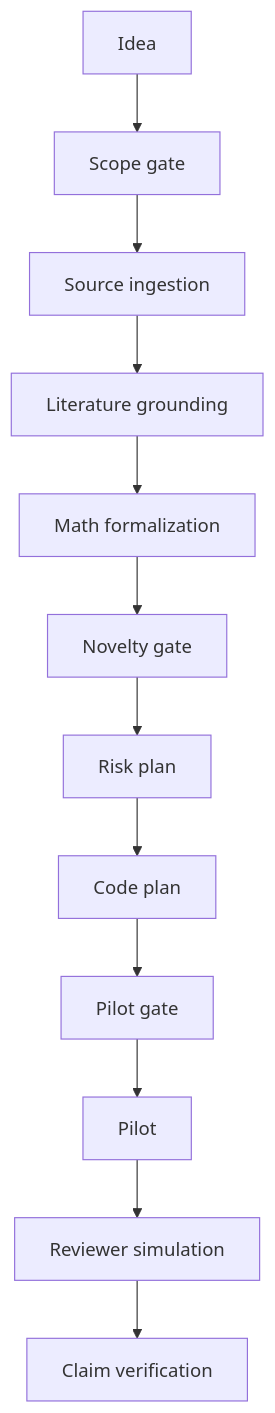
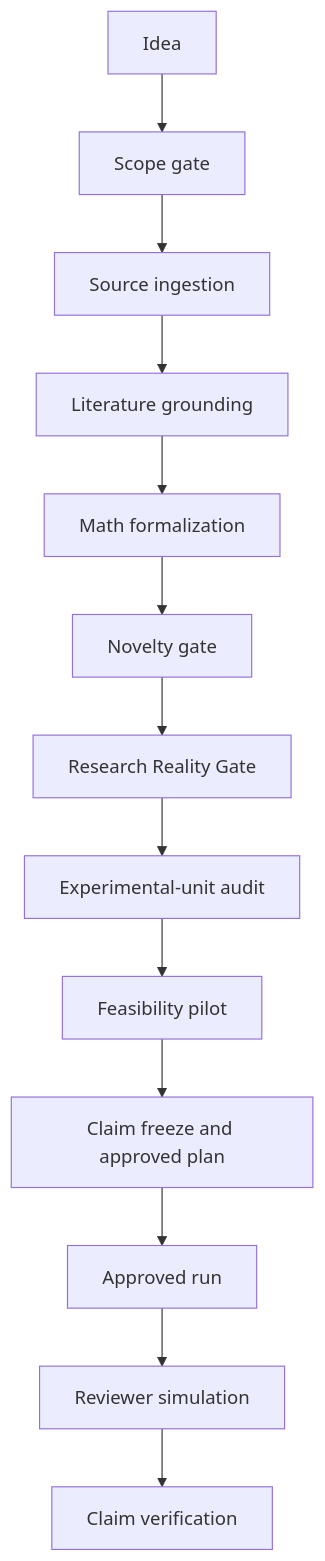
The diagram in docs/images/workflow.mmd (ngtiendong/Academic-Research-Agent-Skill), drawn with Mermaid before and after one commit. The commit also changed 35 other files, not shown here.

Commit message:
update reality gate to not create too fancy plan

```diff
--- a/docs/images/workflow.mmd
+++ b/docs/images/workflow.mmd
@@ -1,12 +1,13 @@
 flowchart TD
     A["Idea"] --> B["Scope gate"]
     B --> C["Source ingestion"]
     C --> D["Literature grounding"]
     D --> E["Math formalization"]
     E --> F["Novelty gate"]
-    F --> G["Risk plan"]
-    G --> H["Code plan"]
-    H --> I["Pilot gate"]
-    I --> J["Pilot"]
-    J --> K["Reviewer simulation"]
-    K --> L["Claim verification"]
+    F --> G["Research Reality Gate"]
+    G --> H["Experimental-unit audit"]
+    H --> I["Feasibility pilot"]
+    I --> J["Claim freeze and approved plan"]
+    J --> K["Approved run"]
+    K --> L["Reviewer simulation"]
+    L --> M["Claim verification"]
```
